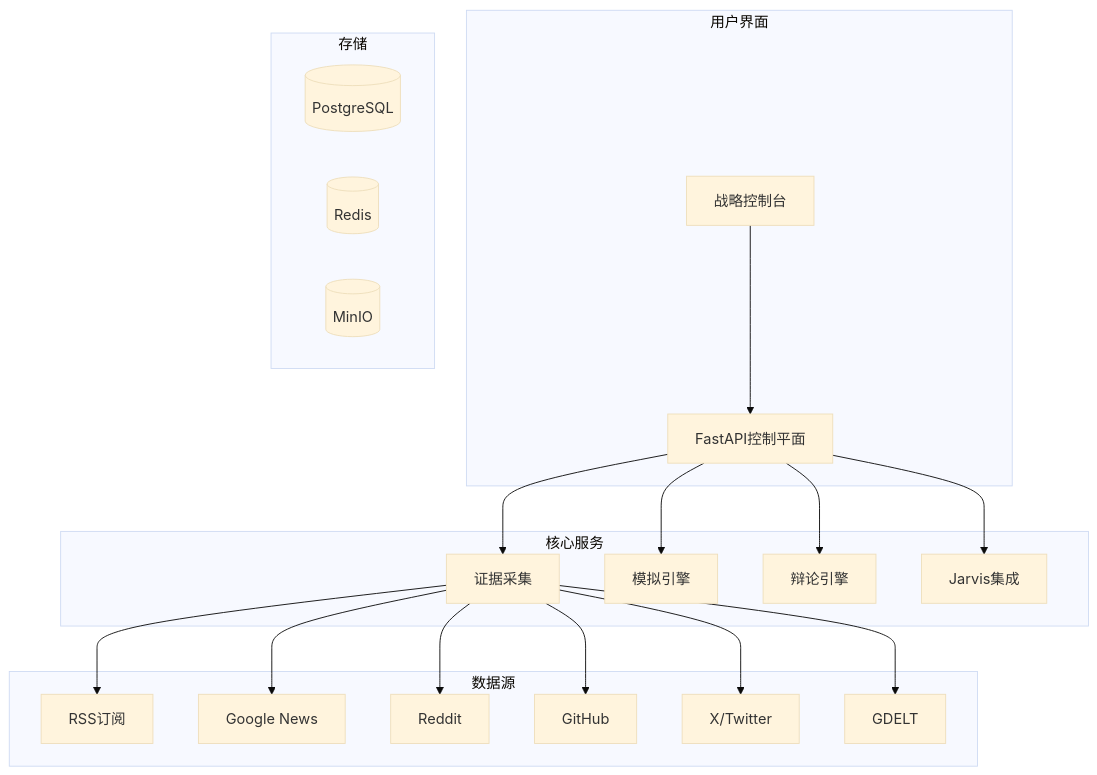
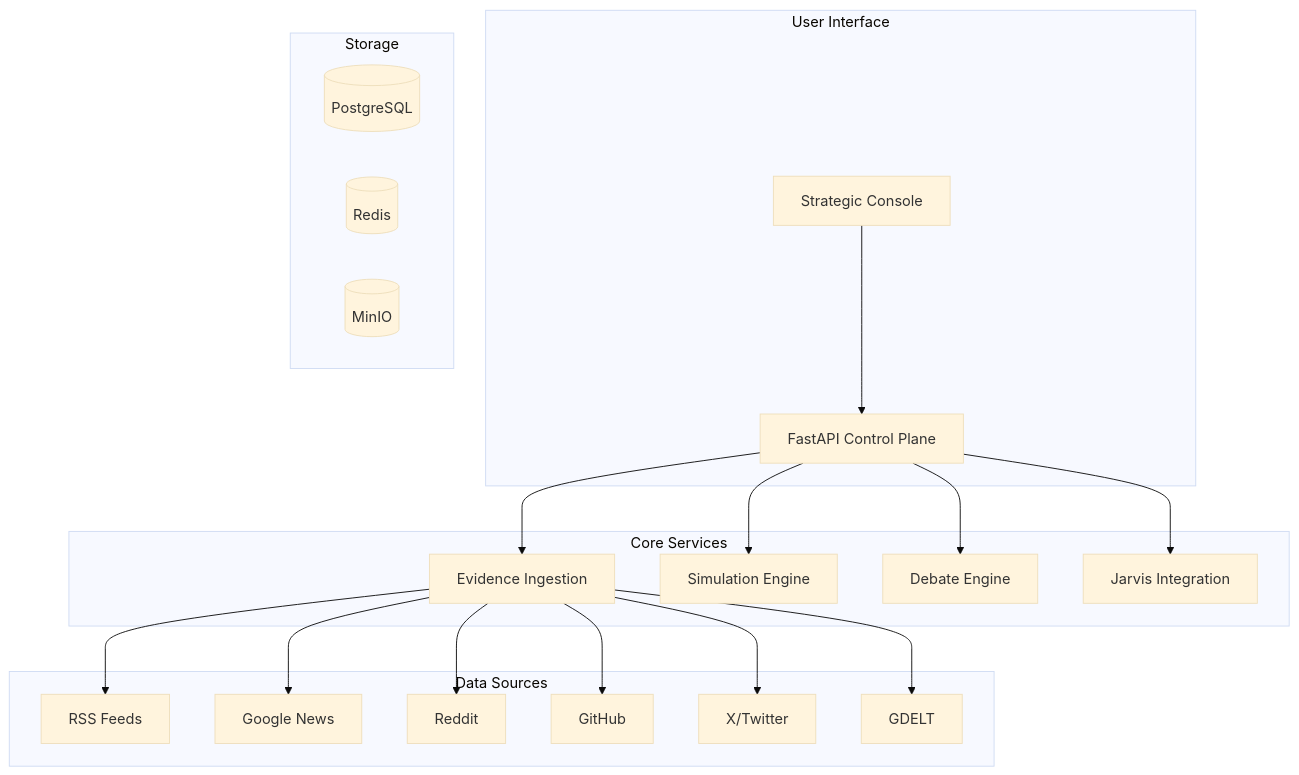
One commit to dashitongzhi/MingJian changed the diagram in README.md. Above: the diagram before and after it, drawn with Mermaid (base theme). The commit also changed other lines of this file, not shown here.

````diff
--- a/README.md
+++ b/README.md
@@ -199,42 +197,42 @@
 ```mermaid
 graph TB
-    subgraph "用户界面"
-        Console[战略控制台]
-        API[FastAPI控制平面]
+    subgraph "User Interface"
+        Console[Strategic Console]
+        API[FastAPI Control Plane]
     end
     
-    subgraph "核心服务"
-        Evidence[证据采集]
-        Simulation[模拟引擎]
-        Debate[辩论引擎]
-        Jarvis[Jarvis集成]
+    subgraph "Core Services"
+        Evidence[Evidence Ingestion]
+        Simulation[Simulation Engine]
+        Debate[Debate Engine]
+        Jarvis[Jarvis Integration]
     end
     
-    subgraph "数据源"
-        RSS[RSS订阅]
+    subgraph "Data Sources"
+        RSS[RSS Feeds]
         News[Google News]
         Reddit[Reddit]
         GitHub[GitHub]
         X[X/Twitter]
         GDELT[GDELT]
     end
     
-    subgraph "存储"
+    subgraph "Storage"
         PostgreSQL[(PostgreSQL)]
         Redis[(Redis)]
         MinIO[(MinIO)]
     end
     
     Console --> API
     API --> Evidence
     API --> Simulation
     API --> Debate
     API --> Jarvis
     
     Evidence --> RSS
     Evidence --> News
     Evidence --> Reddit
     Evidence --> GitHub
     Evidence --> X
     Evidence --> GDELT
 ```
````
